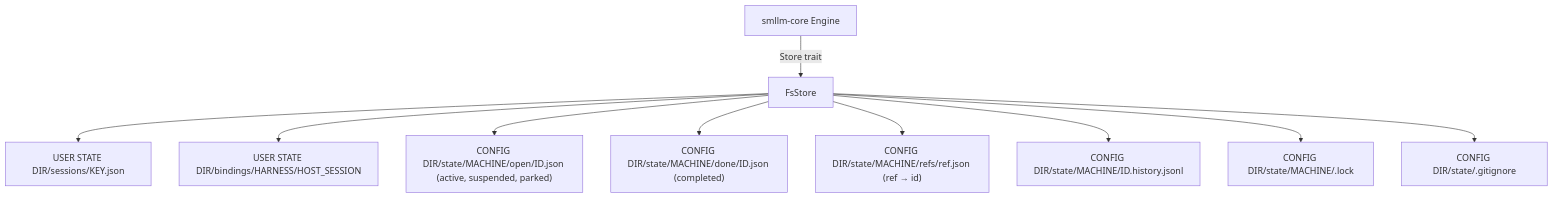
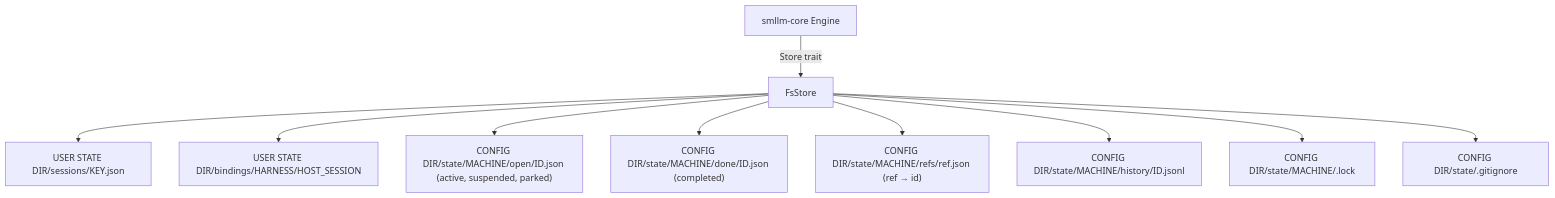
One commit to six5536/sllm changed the diagram in .zen/specs/DESIGN-STO-storage.md. Above: the diagram before and after it, drawn with Mermaid. The commit also changed other lines of this file and 5 other files, not shown here.

Commit message:
refactor: histories live in <machine>/history/<id>.jsonl, moved there by the migration (PLAN-005)

````diff
--- a/.zen/specs/DESIGN-STO-storage.md
+++ b/.zen/specs/DESIGN-STO-storage.md
@@ -15,12 +15,12 @@
 ```mermaid
 flowchart TB
     Engine[smllm-core Engine] -->|Store trait| FsStore
     FsStore --> Sessions["USER STATE DIR/sessions/KEY.json"]
     FsStore --> Bindings["USER STATE DIR/bindings/HARNESS/HOST_SESSION"]
     FsStore --> Open["CONFIG DIR/state/MACHINE/open/ID.json (active, suspended, parked)"]
     FsStore --> Done["CONFIG DIR/state/MACHINE/done/ID.json (completed)"]
     FsStore --> Refs["CONFIG DIR/state/MACHINE/refs/ref.json (ref → id)"]
-    FsStore --> Hist["CONFIG DIR/state/MACHINE/ID.history.jsonl"]
+    FsStore --> Hist["CONFIG DIR/state/MACHINE/history/ID.jsonl"]
     FsStore --> Lock["CONFIG DIR/state/MACHINE/.lock"]
     FsStore --> Ignore["CONFIG DIR/state/.gitignore"]
 ```
````
